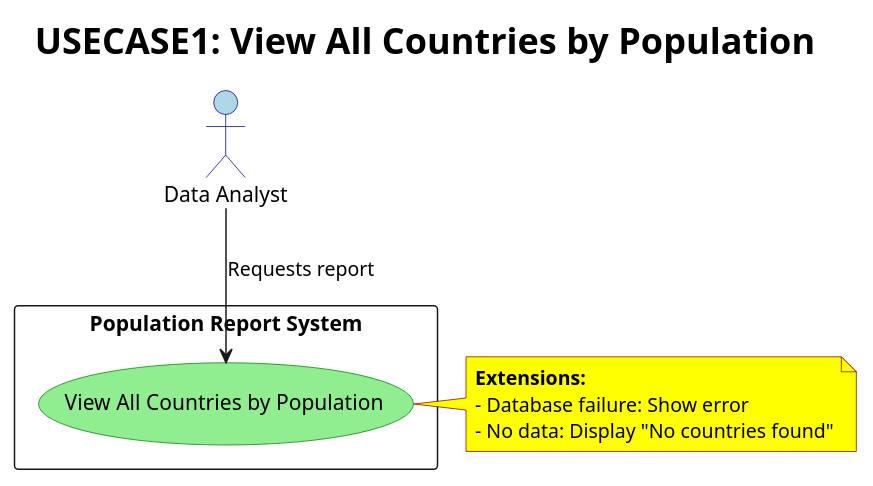
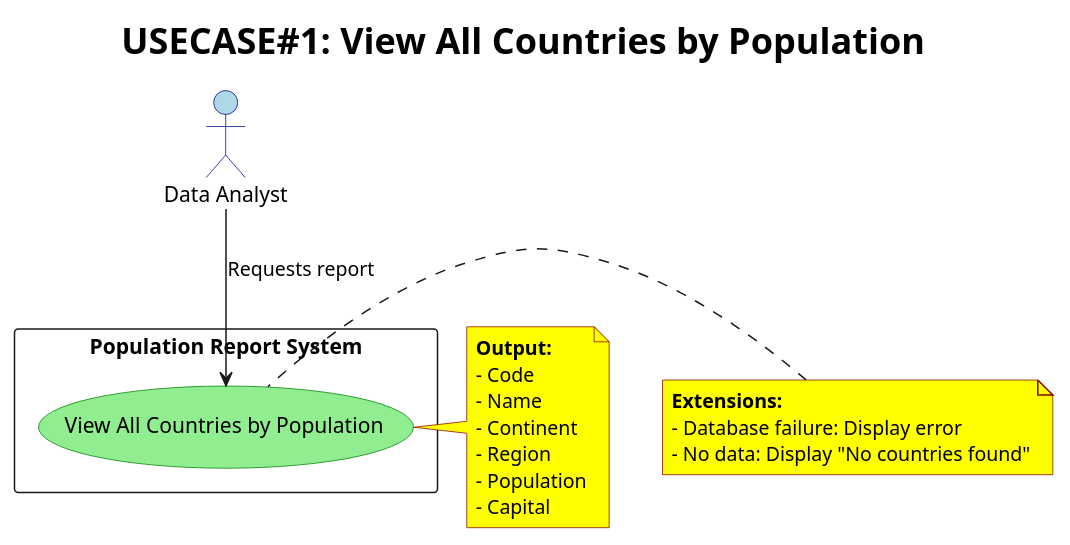
One commit to Mawa-Jr/population-report-system changed the diagram in use-cases/use-case-1.puml. Above: the diagram before and after it, drawn with PlantUML.

Commit message:
Update use case diagram for viewing countries by population

```diff
--- a/use-cases/use-case-1.puml
+++ b/use-cases/use-case-1.puml
@@ -1,26 +1,28 @@
 @startuml
 skinparam actor {
   BorderColor DarkBlue
   BackgroundColor LightBlue
   FontSize 14
 }
 skinparam usecase {
   BorderColor Green
   BackgroundColor LightGreen
   FontSize 14
 }
 skinparam titleFontSize 24
 skinparam noteBackgroundColor Yellow
 skinparam noteBorderColor DarkRed
 
-title USECASE1: View All Countries by Population
+title USECASE#1: View All Countries by Population
 
 actor "Data Analyst" as User
 rectangle "Population Report System" {
   usecase "View All Countries by Population" as UC1
 }
 
 User --> UC1 : Requests report
 
-note RIGHT of UC1: **Extensions:**\n- Database failure: Show error\n- No data: Display "No countries found"
+note right of UC1 : **Output:**\n- Code\n- Name\n- Continent\n- Region\n- Population\n- Capital
+
+note left of UC1 : **Extensions:**\n- Database failure: Display error\n- No data: Display "No countries found"
 @enduml
```
